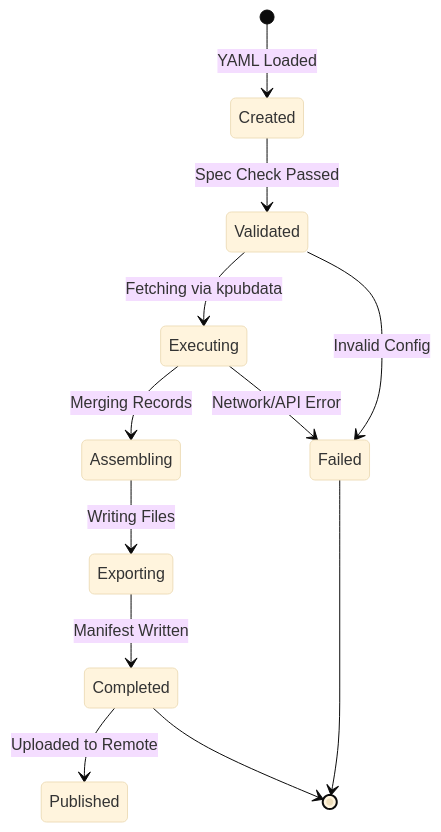
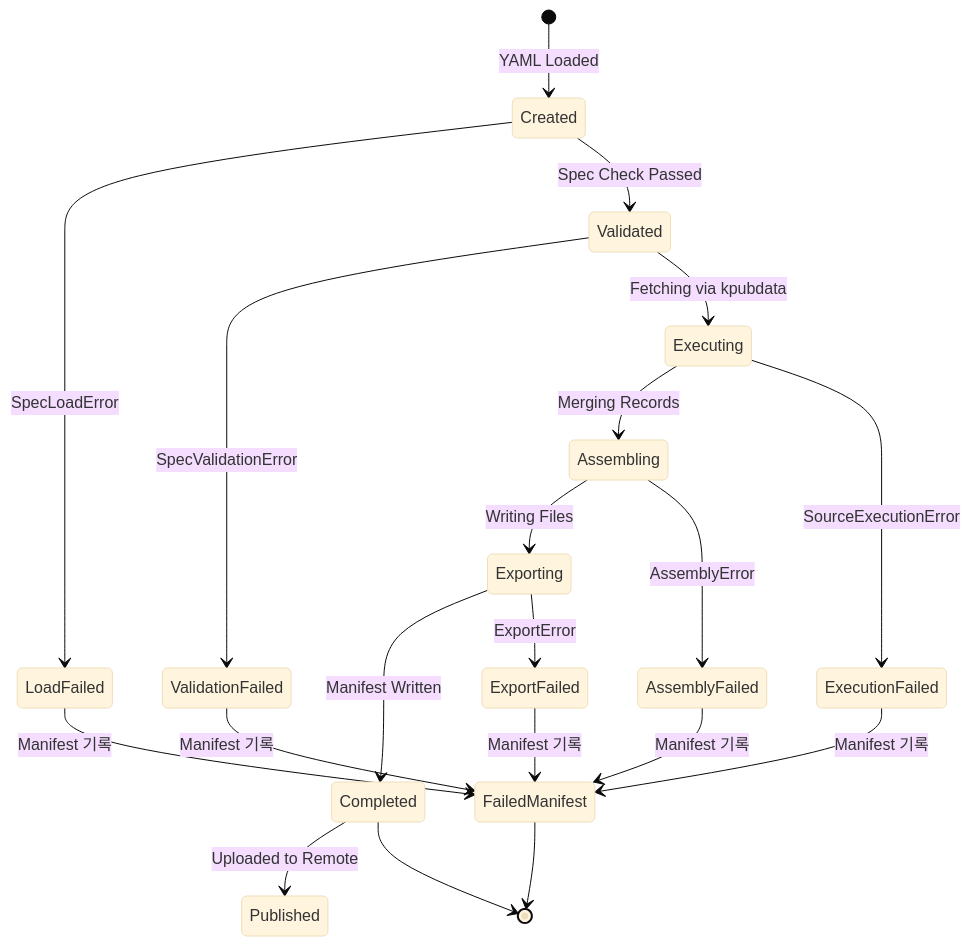
One commit to yeongseon/kpubdata-builder changed the second of 3 diagrams in DOMAIN_MODEL.md. Above: the diagram before and after it, drawn with Mermaid (base theme). The commit also changed other lines of this file and 9 other files, not shown here.

````diff
--- a/DOMAIN_MODEL.md
+++ b/DOMAIN_MODEL.md
@@ -53,15 +53,23 @@
 ```mermaid
 stateDiagram-v2
     [*] --> Created: YAML Loaded
+    Created --> LoadFailed: SpecLoadError
     Created --> Validated: Spec Check Passed
+    Validated --> ValidationFailed: SpecValidationError
     Validated --> Executing: Fetching via kpubdata
     Executing --> Assembling: Merging Records
+    Executing --> ExecutionFailed: SourceExecutionError
     Assembling --> Exporting: Writing Files
+    Assembling --> AssemblyFailed: AssemblyError
     Exporting --> Completed: Manifest Written
+    Exporting --> ExportFailed: ExportError
     Completed --> Published: Uploaded to Remote
     Completed --> [*]
     
-    Validated --> Failed: Invalid Config
-    Executing --> Failed: Network/API Error
-    Failed --> [*]
+    LoadFailed --> FailedManifest: Manifest 기록
+    ValidationFailed --> FailedManifest: Manifest 기록
+    ExecutionFailed --> FailedManifest: Manifest 기록
+    AssemblyFailed --> FailedManifest: Manifest 기록
+    ExportFailed --> FailedManifest: Manifest 기록
+    FailedManifest --> [*]
 ```
````
